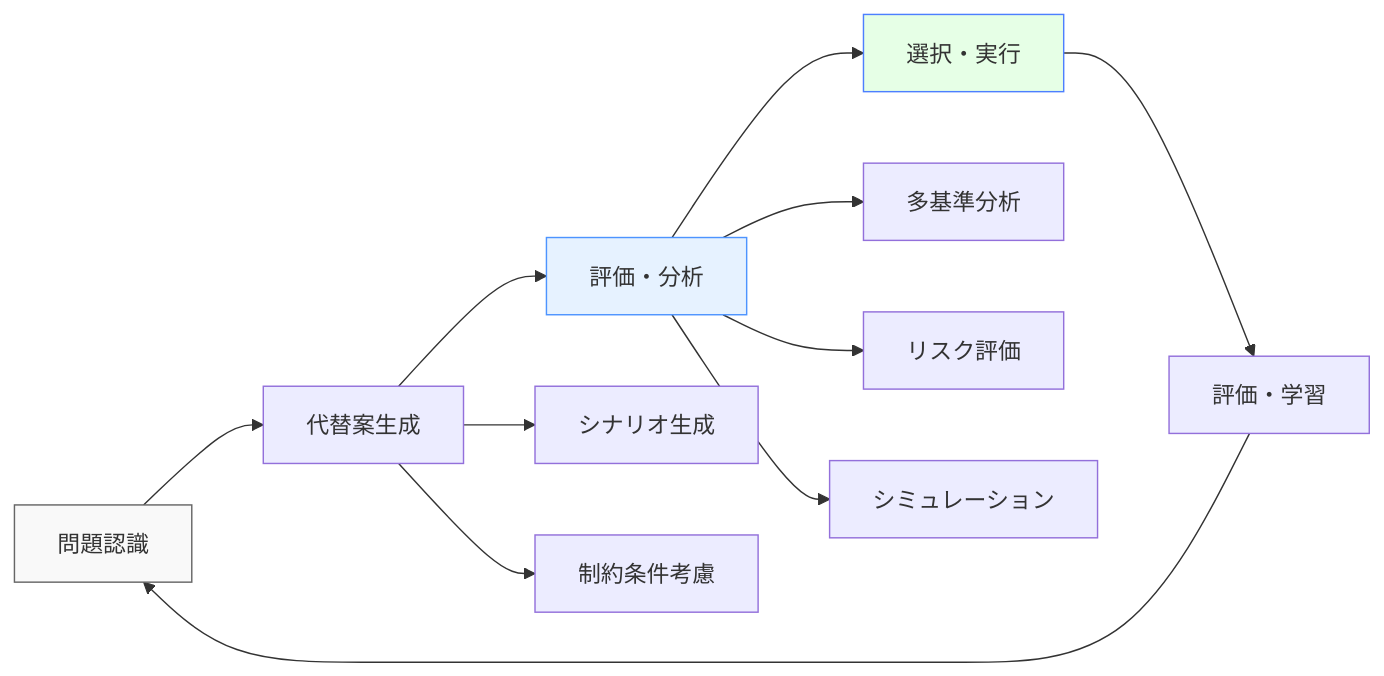
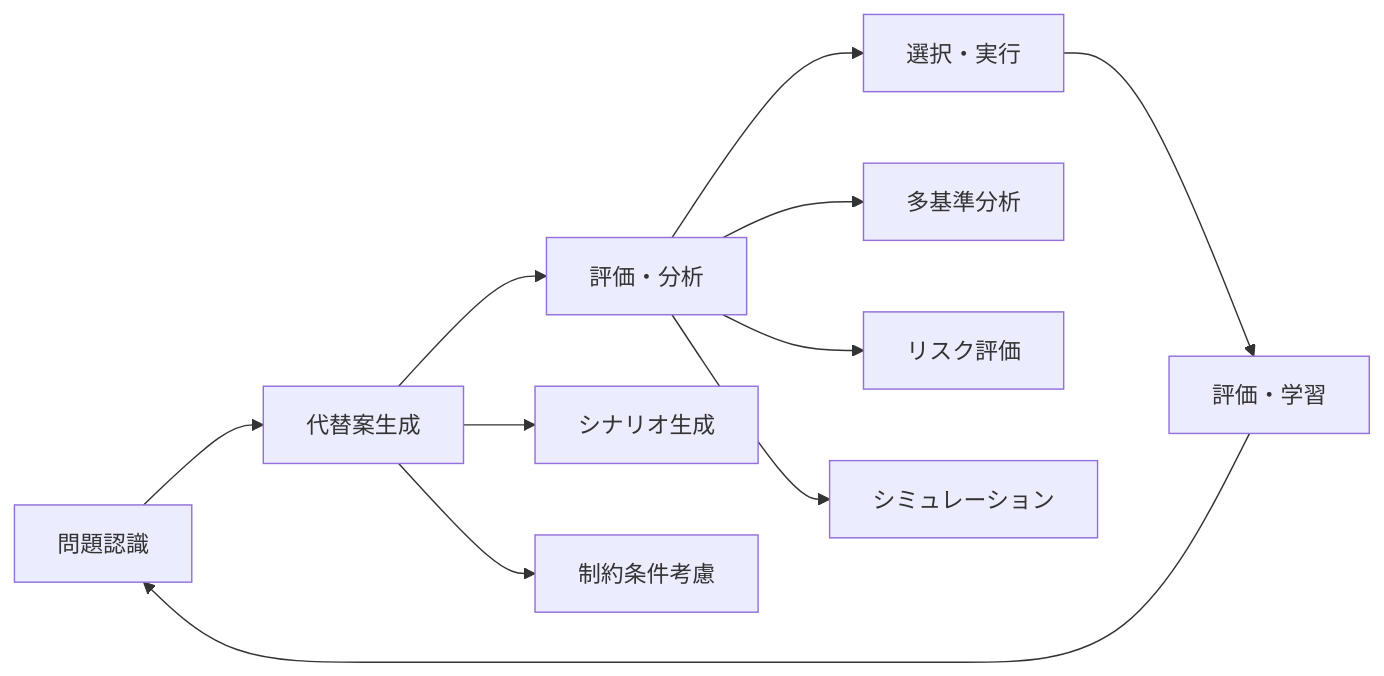
One commit to shuji-bonji/Situational-Awareness-and-Decision-Making changed the second of 4 diagrams in docs/software/index.md. Above: the diagram before and after it, drawn with Mermaid. The commit also changed other lines of this file and 49 other files, not shown here.

Commit message:
fix: ダークモードで見づらい図の色の変更

````diff
--- a/docs/software/index.md
+++ b/docs/software/index.md
@@ -45,19 +45,19 @@
 ```mermaid
 graph LR
     A[問題認識] --> B[代替案生成]
     B --> C[評価・分析]
     C --> D[選択・実行]
     D --> E[評価・学習]
     E --> A
     
     B --> B1[シナリオ生成]
     B --> B2[制約条件考慮]
     
     C --> C1[多基準分析]
     C --> C2[リスク評価]
     C --> C3[シミュレーション]
     
-    style A fill:#f9f9f9,stroke:#666
-    style C fill:#e6f2ff,stroke:#4d94ff
-    style D fill:#e6ffe6,stroke:#4d7fff
+
+
+
 ```
````
